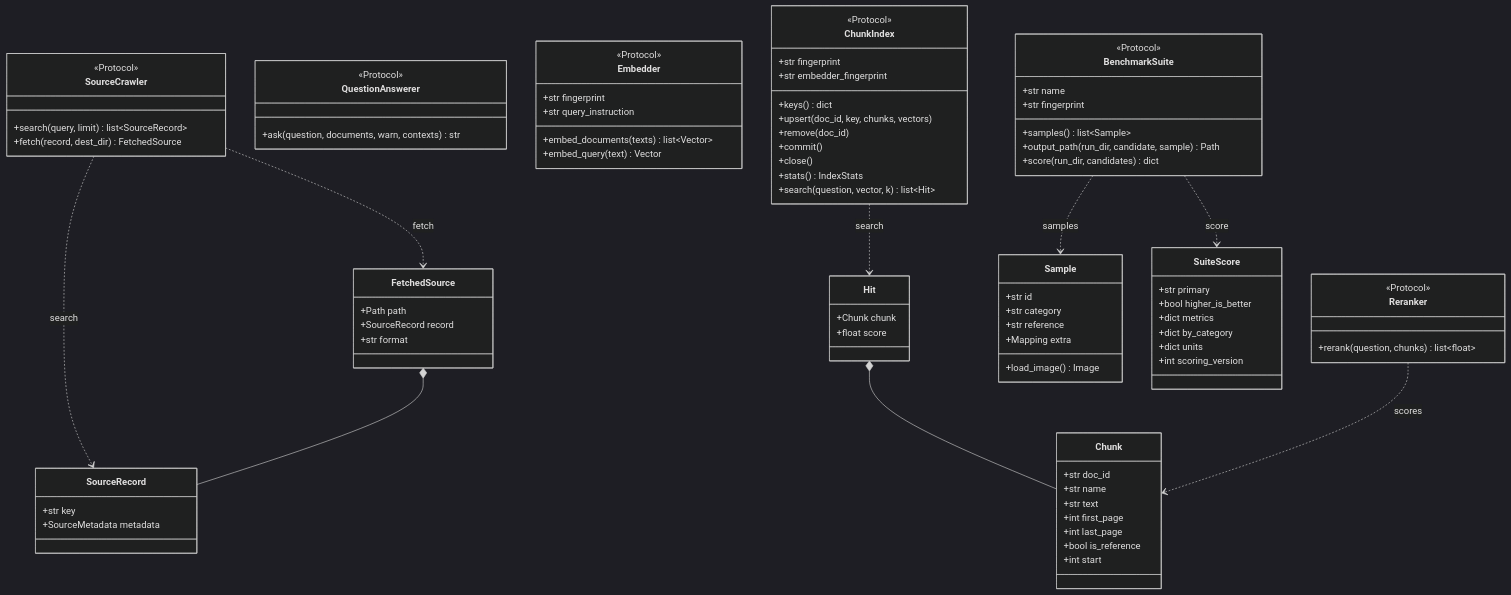
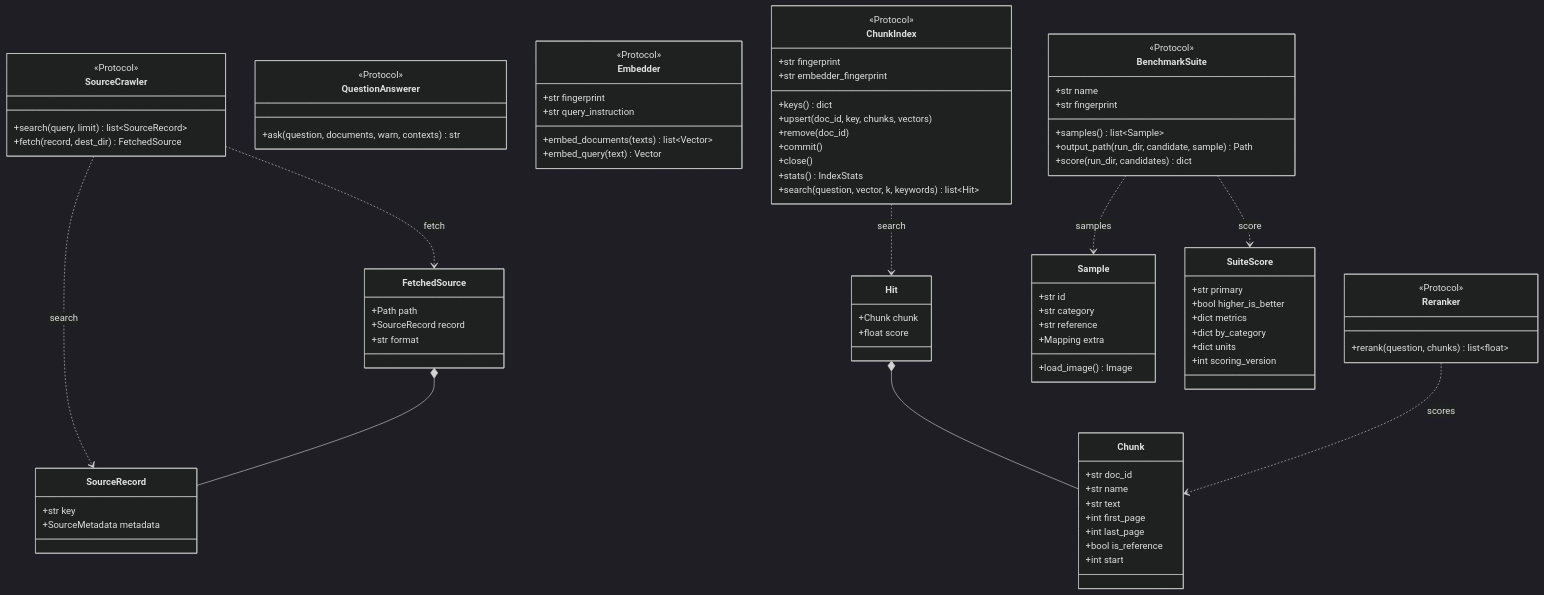
The fifth of 18 diagrams in packages/docingest/docs/architecture.md (etxsA/doc-ingest), drawn with Mermaid (dark theme) before and after one commit. The commit also changed other lines of this file and 11 other files, not shown here.

```diff
--- a/packages/docingest/docs/architecture.md
+++ b/packages/docingest/docs/architecture.md
@@ -344,7 +344,7 @@
         +commit()
         +close()
         +stats() IndexStats
-        +search(question, vector, k) list~Hit~
+        +search(question, vector, k, keywords) list~Hit~
     }
     class Reranker {
         <<Protocol>>
```
